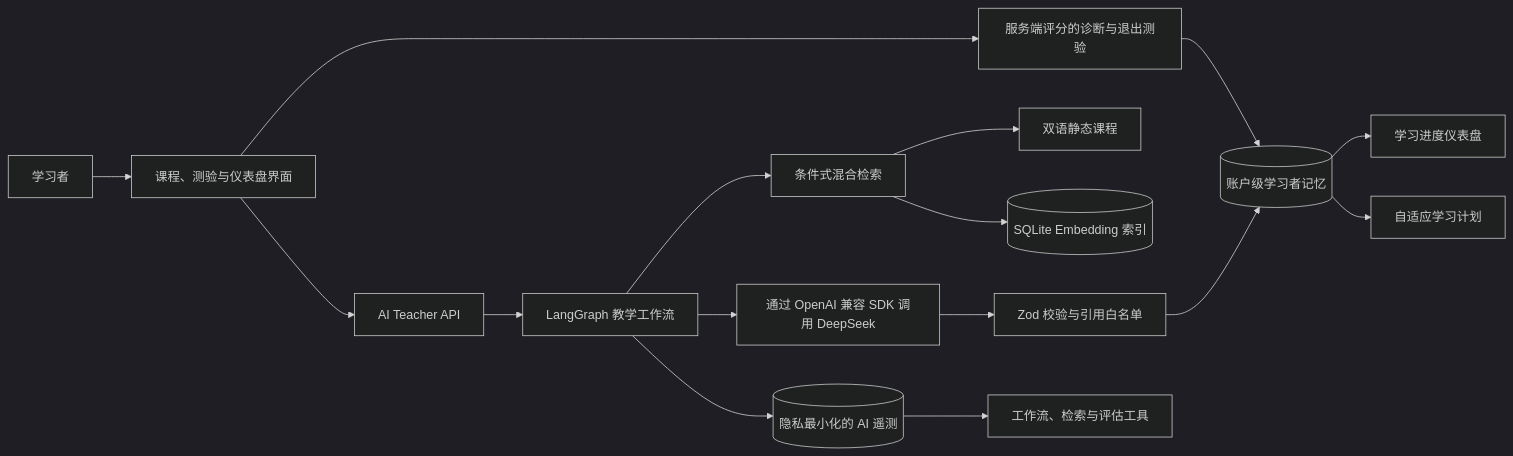
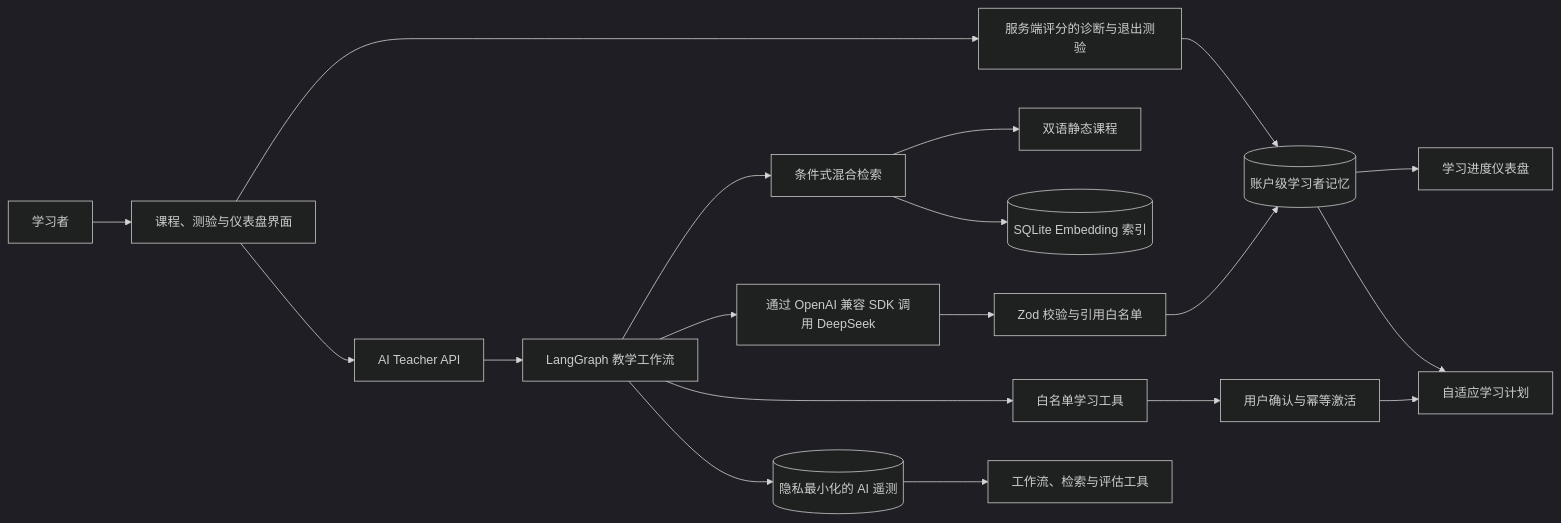
One commit to yemingc/ai-learning-platform changed the diagram in README.zh-CN.md. Above: the diagram before and after it, drawn with Mermaid (dark theme). The commit also changed other lines of this file and 29 other files, not shown here.

Commit message:
feat: add confirmed learning-plan agent tools

````diff
--- a/README.zh-CN.md
+++ b/README.zh-CN.md
@@ -38,21 +38,24 @@
 ```mermaid
 flowchart LR
     Learner["学习者"] --> UI["课程、测验与仪表盘界面"]
     UI --> Assessment["服务端评分的诊断与退出测验"]
     UI --> TeacherAPI["AI Teacher API"]
 
     TeacherAPI --> Graph["LangGraph 教学工作流"]
     Graph --> RAG["条件式混合检索"]
     RAG --> Curriculum["双语静态课程"]
     RAG --> Embeddings[("SQLite Embedding 索引")]
     Graph --> Model["通过 OpenAI 兼容 SDK 调用 DeepSeek"]
     Model --> Validation["Zod 校验与引用白名单"]
+    Graph --> AgentTools["白名单学习工具"]
+    AgentTools --> ActionGate["用户确认与幂等激活"]
+    ActionGate --> Plan
 
     Assessment --> Memory[("账户级学习者记忆")]
     Validation --> Memory
     Memory --> Dashboard["学习进度仪表盘"]
     Memory --> Plan["自适应学习计划"]
 
     Graph --> Telemetry[("隐私最小化的 AI 遥测")]
     Telemetry --> Developer["工作流、检索与评估工具"]
 ```
````
